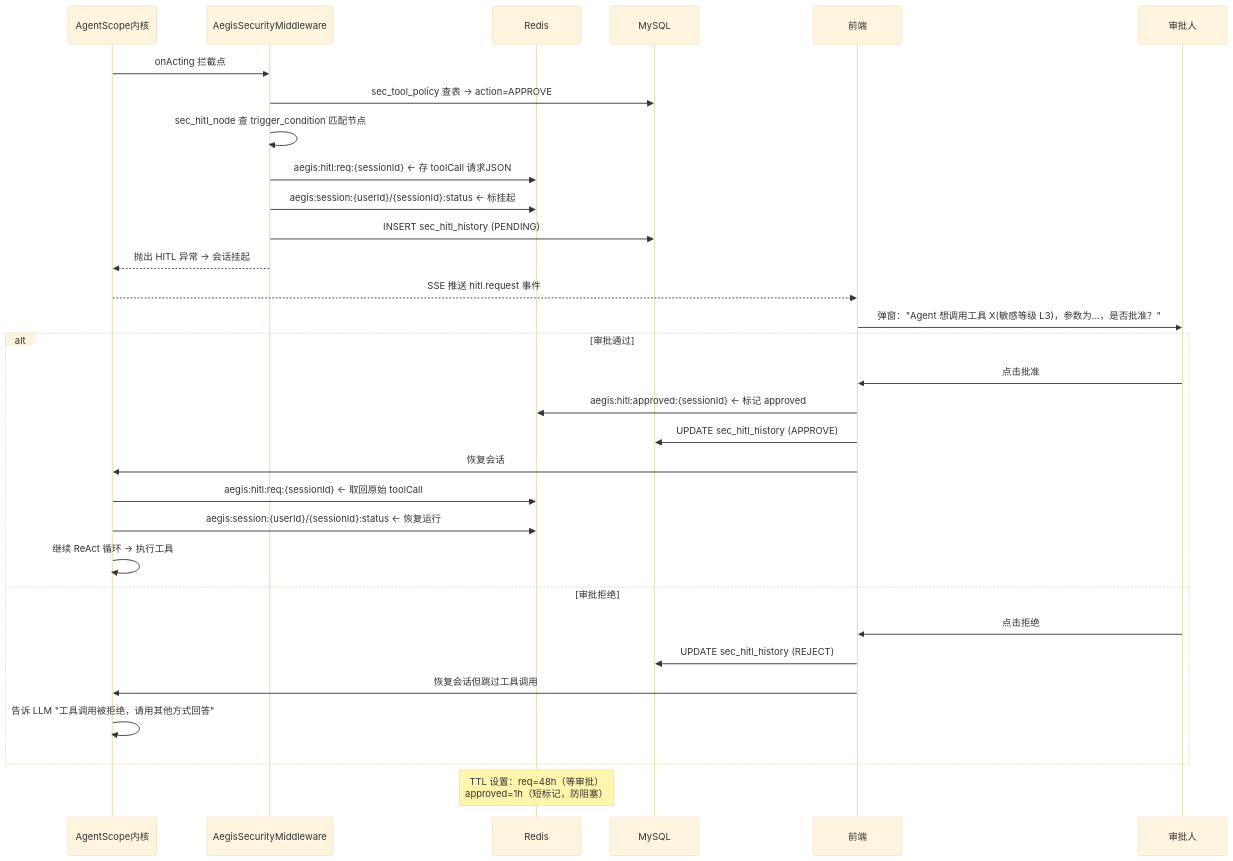
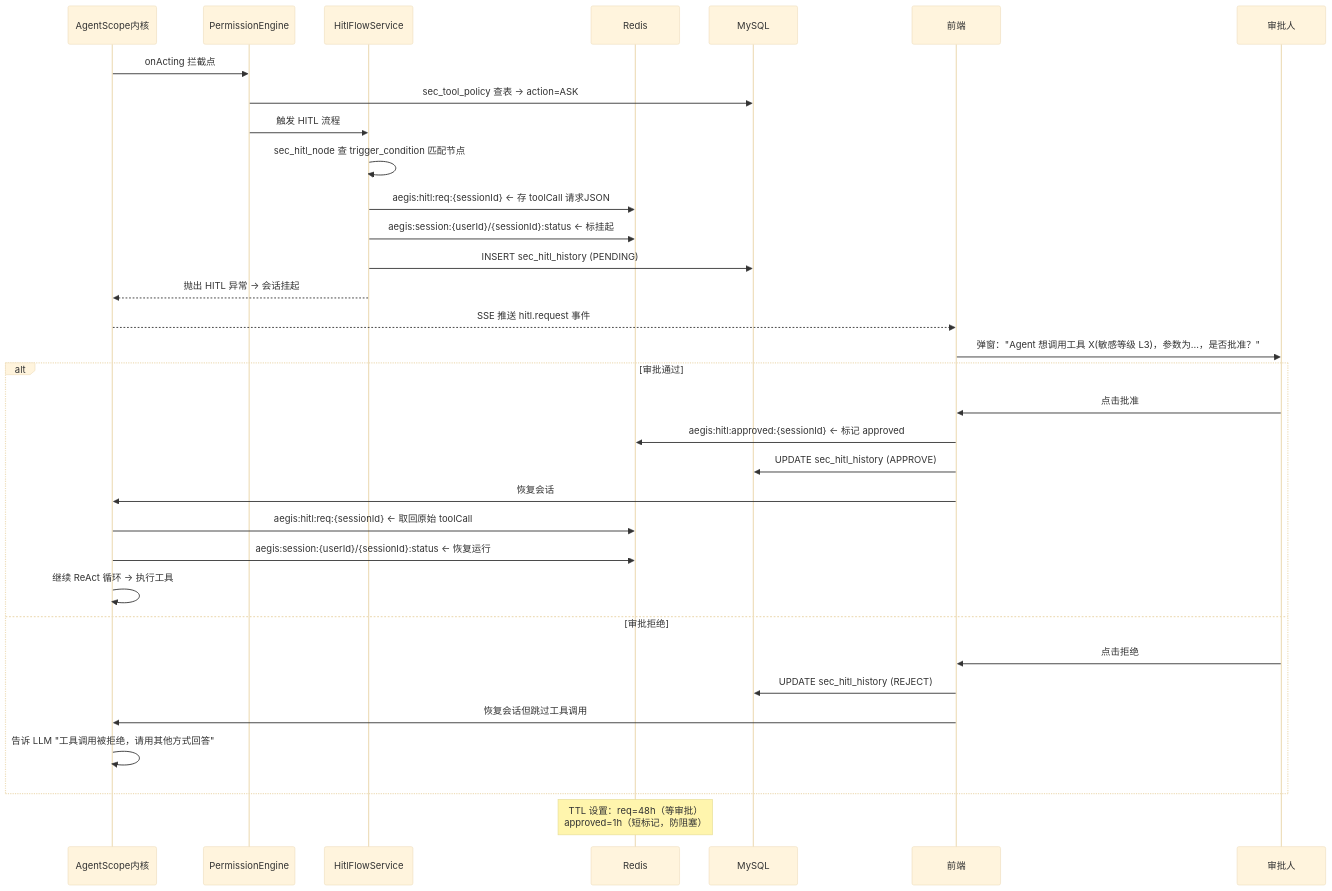
One commit to HarnessAgentStack/AegisAgent changed diagram 12 of 18 in docs/data-model.md. Above: the diagram before and after it, drawn with Mermaid (base theme). The commit also changed other lines of this file and 5 other files, not shown here.

````diff
--- a/docs/data-model.md
+++ b/docs/data-model.md
@@ -623,37 +622,39 @@
 ```mermaid
 sequenceDiagram
     participant AS as AgentScope内核
-    participant MW as AegisSecurityMiddleware
+    participant PE as PermissionEngine
+    participant HF as HitlFlowService
     participant Redis as Redis
     participant MySQL as MySQL
     participant FE as 前端
     participant User as 审批人
 
-    AS->>MW: onActing 拦截点
-    MW->>MySQL: sec_tool_policy 查表 → action=APPROVE
-    MW->>MW: sec_hitl_node 查 trigger_condition 匹配节点
-    MW->>Redis: aegis:hitl:req:{sessionId} ← 存 toolCall 请求JSON
-    MW->>Redis: aegis:session:{userId}/{sessionId}:status ← 标挂起
-    MW->>MySQL: INSERT sec_hitl_history (PENDING)
-    MW-->>AS: 抛出 HITL 异常 → 会话挂起
+    AS->>PE: onActing 拦截点
+    PE->>MySQL: sec_tool_policy 查表 → action=ASK
+    PE->>HF: 触发 HITL 流程
+    HF->>HF: sec_hitl_node 查 trigger_condition 匹配节点
+    HF->>Redis: aegis:hitl:req:{sessionId} ← 存 toolCall 请求JSON
+    HF->>Redis: aegis:session:{userId}/{sessionId}:status ← 标挂起
+    HF->>MySQL: INSERT sec_hitl_history (PENDING)
+    HF-->>AS: 抛出 HITL 异常 → 会话挂起
 
     AS-->>FE: SSE 推送 hitl.request 事件
     FE->>User: 弹窗："Agent 想调用工具 X(敏感等级 L3)，参数为...，是否批准？"
 
     alt 审批通过
         User->>FE: 点击批准
         FE->>Redis: aegis:hitl:approved:{sessionId} ← 标记 approved
         FE->>MySQL: UPDATE sec_hitl_history (APPROVE)
         FE->>AS: 恢复会话
         AS->>Redis: aegis:hitl:req:{sessionId} ← 取回原始 toolCall
         AS->>Redis: aegis:session:{userId}/{sessionId}:status ← 恢复运行
         AS->>AS: 继续 ReAct 循环 → 执行工具
     else 审批拒绝
         User->>FE: 点击拒绝
         FE->>MySQL: UPDATE sec_hitl_history (REJECT)
         FE->>AS: 恢复会话但跳过工具调用
         AS->>AS: 告诉 LLM "工具调用被拒绝，请用其他方式回答"
     end
 
     Note over Redis: TTL 设置：req=48h（等审批）<br/>approved=1h（短标记，防阻塞）
 ```
````
